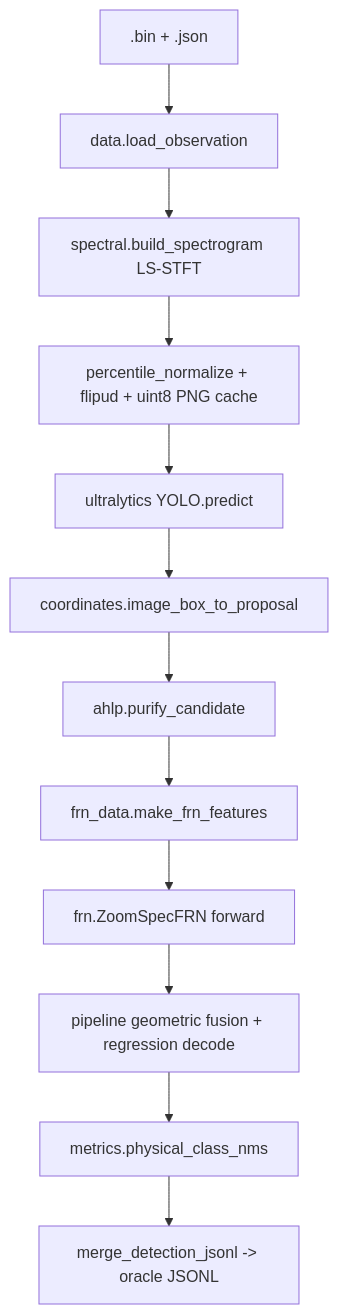
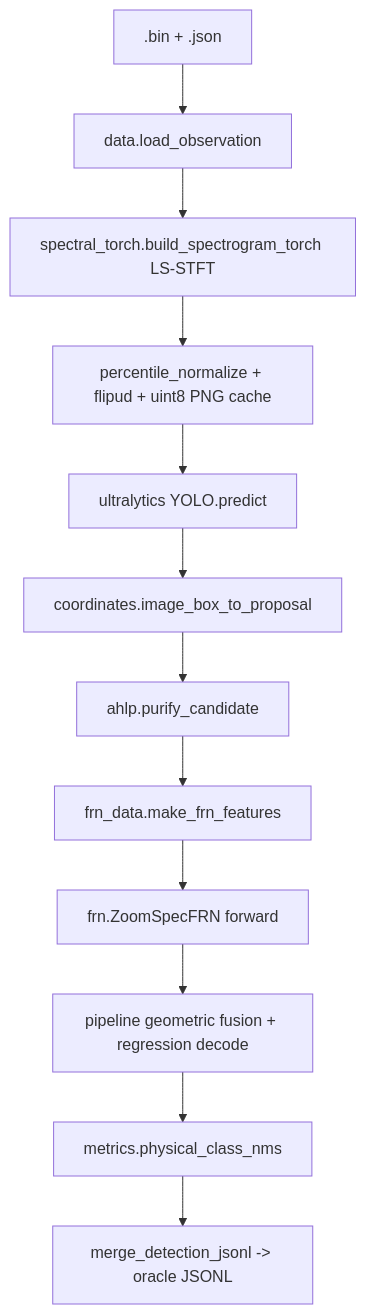
One commit to 2783264321-arch/Wideband-Intelligent-Signal-Analysis-Platform changed the diagram in docs/research/m9_1_legacy_source_map.md. Above: the diagram before and after it, drawn with Mermaid. The commit also changed other lines of this file, not shown here.

Commit message:
docs: align ls-stft torch porting guidance

````diff
--- a/docs/research/m9_1_legacy_source_map.md
+++ b/docs/research/m9_1_legacy_source_map.md
@@ -64,14 +64,14 @@
 ```mermaid
 graph TD
   A[.bin + .json] --> B[data.load_observation]
-  B --> C[spectral.build_spectrogram LS-STFT]
+  B --> C[spectral_torch.build_spectrogram_torch LS-STFT]
   C --> D[percentile_normalize + flipud + uint8 PNG cache]
   D --> E[ultralytics YOLO.predict]
   E --> F[coordinates.image_box_to_proposal]
   F --> G[ahlp.purify_candidate]
   G --> H[frn_data.make_frn_features]
   H --> I[frn.ZoomSpecFRN forward]
   I --> J[pipeline geometric fusion + regression decode]
   J --> K[metrics.physical_class_nms]
   K --> L[merge_detection_jsonl -> oracle JSONL]
 ```
````
